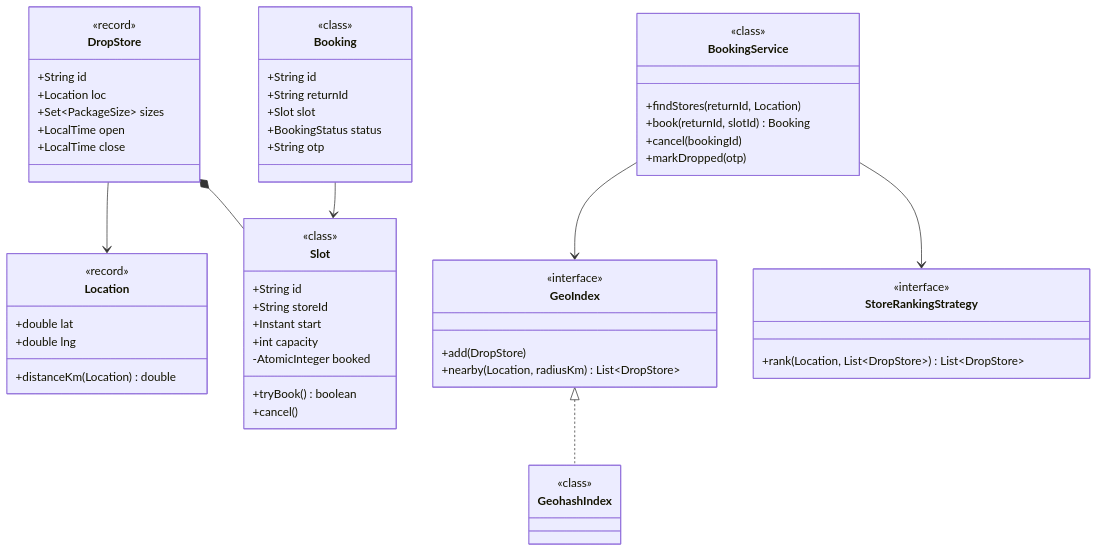
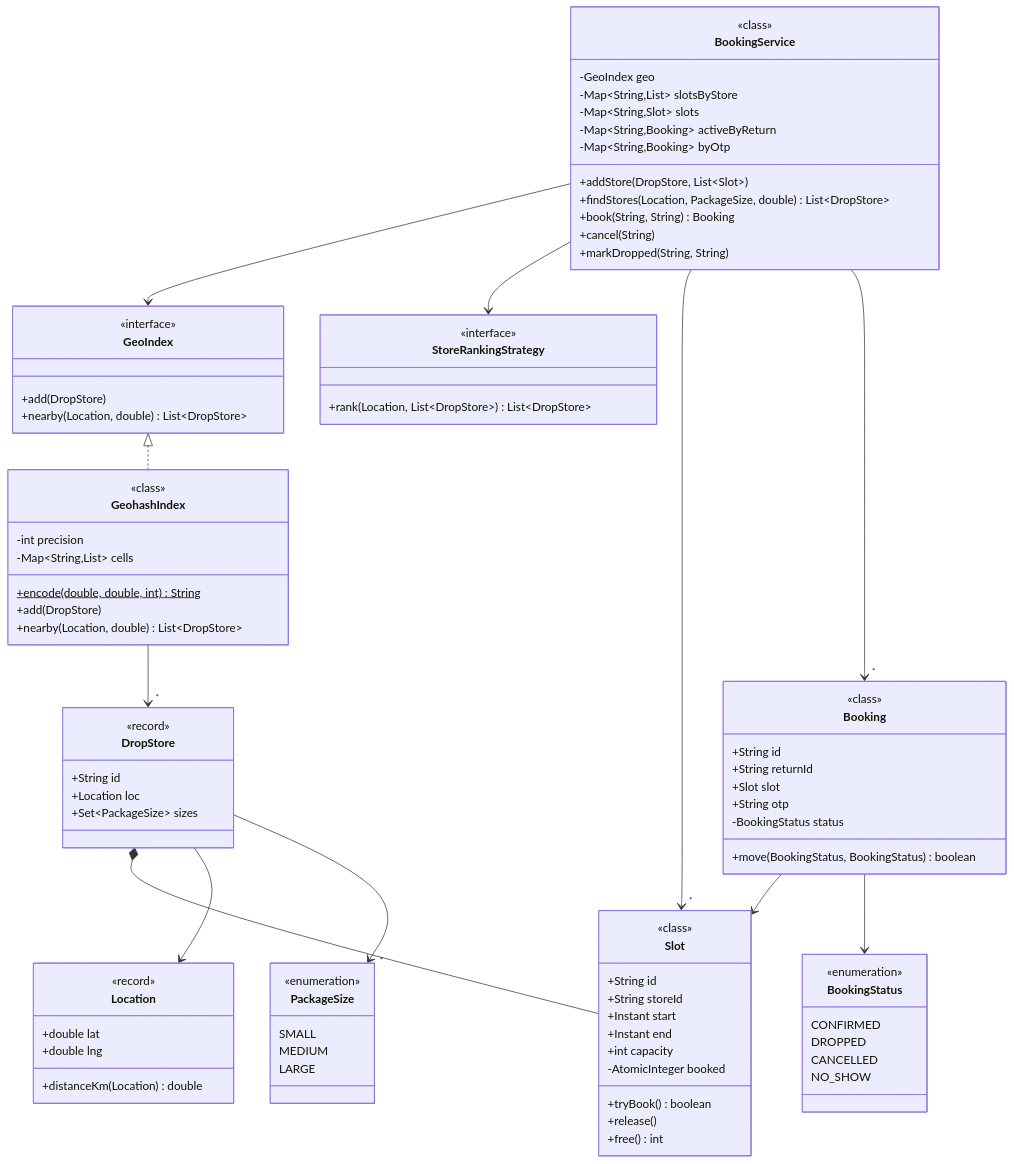
Before and after one commit to amarkum/amarkumar.guru: the first of 2 diagrams in system-design/lld/06-return-drop-store.md, drawn with Mermaid. The commit also changed 27 other files, not shown here.

Commit message:
Rebuild every UML class diagram from its Java code, add a notes progress tracker, and make diagrams readable with zoom and a legend.

````diff
--- a/system-design/lld/06-return-drop-store.md
+++ b/system-design/lld/06-return-drop-store.md
@@ -38,50 +38,80 @@
 ```mermaid
 classDiagram
+    class PackageSize {
+      <<enumeration>>
+      SMALL
+      MEDIUM
+      LARGE
+    }
+    class BookingStatus {
+      <<enumeration>>
+      CONFIRMED
+      DROPPED
+      CANCELLED
+      NO_SHOW
+    }
     class Location {
+      <<record>>
       +double lat
       +double lng
       +distanceKm(Location) double
     }
     class DropStore {
+      <<record>>
       +String id
       +Location loc
       +Set~PackageSize~ sizes
-      +LocalTime open
-      +LocalTime close
     }
     class Slot {
+      <<class>>
       +String id
       +String storeId
       +Instant start
+      +Instant end
       +int capacity
       -AtomicInteger booked
       +tryBook() boolean
-      +cancel()
+      +release()
+      +free() int
     }
     class Booking {
+      <<class>>
       +String id
       +String returnId
       +Slot slot
-      +BookingStatus status
       +String otp
+      -BookingStatus status
+      +move(BookingStatus, BookingStatus) boolean
     }
     class GeoIndex {
       <<interface>>
       +add(DropStore)
-      +nearby(Location, radiusKm) List~DropStore~
+      +nearby(Location, double) List~DropStore~
     }
     class GeohashIndex {
       <<class>>
+      -int precision
+      -Map~String,List~ cells
+      +encode(double, double, int)$ String
+      +add(DropStore)
+      +nearby(Location, double) List~DropStore~
+    }
+    class BookingService {
+      <<class>>
+      -GeoIndex geo
+      -Map~String,List~ slotsByStore
+      -Map~String,Slot~ slots
+      -Map~String,Booking~ activeByReturn
+      -Map~String,Booking~ byOtp
+      +addStore(DropStore, List~Slot~)
+      +findStores(Location, PackageSize, double) List~DropStore~
+      +book(String, String) Booking
+      +cancel(String)
+      +markDropped(String, String)
     }
     class StoreRankingStrategy {
       <<interface>>
       +rank(Location, List~DropStore~) List~DropStore~
-    }
-    class BookingService {
-      +findStores(returnId, Location)
-      +book(returnId, slotId) Booking
-      +cancel(bookingId)
-      +markDropped(otp)
     }
     GeoIndex <|.. GeohashIndex
     BookingService --> GeoIndex
@@ -89,25 +119,9 @@
     DropStore *-- Slot
     Booking --> Slot
     DropStore --> Location
-    class Booking {
-      <<class>>
-    }
-    class Slot {
-      <<class>>
-    }
-    class DropStore {
-      <<record>>
-    }
-    class BookingService {
-      <<class>>
-    }
-    class GeoIndex {
-      <<interface>>
-    }
-    class StoreRankingStrategy {
-      <<class>>
-    }
-    class Location {
-      <<record>>
-    }
+    DropStore --> "*" PackageSize
+    Booking --> BookingStatus
+    GeohashIndex --> "*" DropStore
+    BookingService --> "*" Slot
+    BookingService --> "*" Booking
 ```
````
